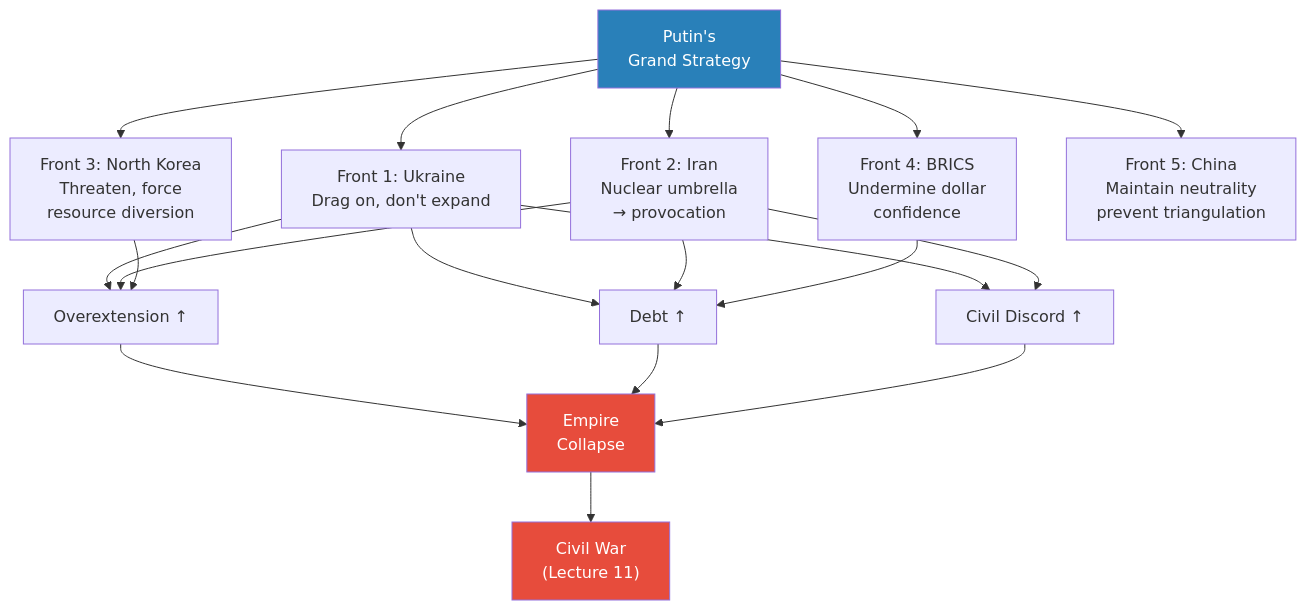
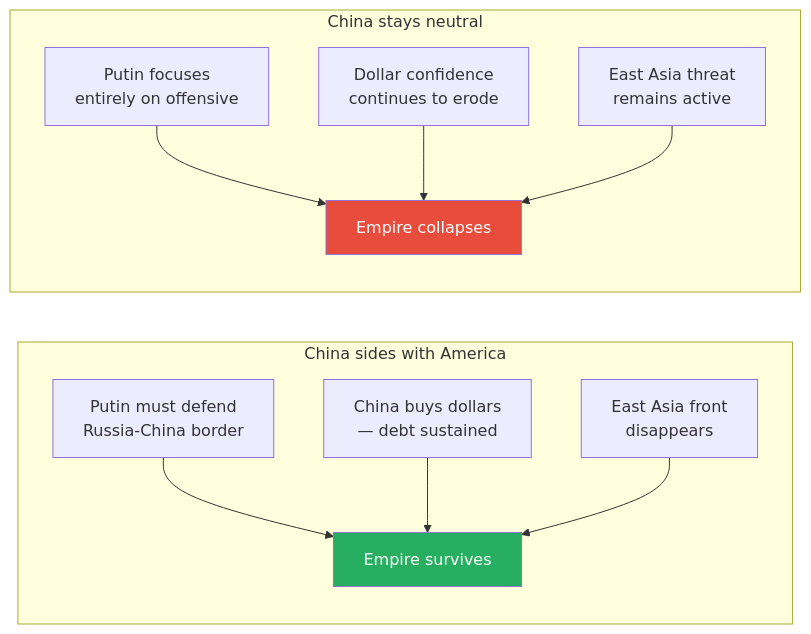
One commit to alius33/reader changed the fourth of 11 diagrams in summaries/Lectures/Geo-Strategy/10 - Putin's Strategic Imagination.md. Above: the diagram before and after it, drawn with Mermaid. The commit also changed other lines of this file and 26 other files, not shown here.

````diff
--- a/summaries/Lectures/Geo-Strategy/10 - Putin's Strategic Imagination.md
+++ b/summaries/Lectures/Geo-Strategy/10 - Putin's Strategic Imagination.md
@@ -306,24 +219,21 @@
 ```mermaid
-flowchart TB
-    P["Putin's<br/>Grand Strategy"]
-    P --> F1["Front 1: Ukraine<br/>Drag on, don't expand"]
-    P --> F2["Front 2: Iran<br/>Nuclear umbrella<br/>→ provocation"]
-    P --> F3["Front 3: North Korea<br/>Threaten, force<br/>resource diversion"]
-    P --> F4["Front 4: BRICS<br/>Undermine dollar<br/>confidence"]
-    P --> F5["Front 5: China<br/>Maintain neutrality<br/>prevent triangulation"]
-    F1 --> OE["Overextension ↑"]
-    F2 --> OE
-    F3 --> OE
-    F1 --> D["Debt ↑"]
-    F2 --> D
-    F4 --> D
-    F1 --> CD["Civil Discord ↑"]
-    F2 --> CD
-    OE --> COL["Empire<br/>Collapse"]
-    D --> COL
-    CD --> COL
-    COL --> CW["Civil War<br/>(Lecture 11)"]
-    style P fill:#2980b9,color:#fff
-    style COL fill:#e74c3c,color:#fff
-    style CW fill:#e74c3c,color:#fff
+flowchart LR
+    subgraph scenario_a ["China sides with America"]
+        A1["Putin must defend<br/>Russia-China border"]
+        A2["China buys dollars<br/>— debt sustained"]
+        A3["East Asia front<br/>disappears"]
+        A1 --> AE["Empire survives"]
+        A2 --> AE
+        A3 --> AE
+    end
+    subgraph scenario_b ["China stays neutral"]
+        B1["Putin focuses<br/>entirely on offensive"]
+        B2["Dollar confidence<br/>continues to erode"]
+        B3["East Asia threat<br/>remains active"]
+        B1 --> BE["Empire collapses"]
+        B2 --> BE
+        B3 --> BE
+    end
+    style AE fill:#27ae60,color:#fff
+    style BE fill:#e74c3c,color:#fff
 ```
````
